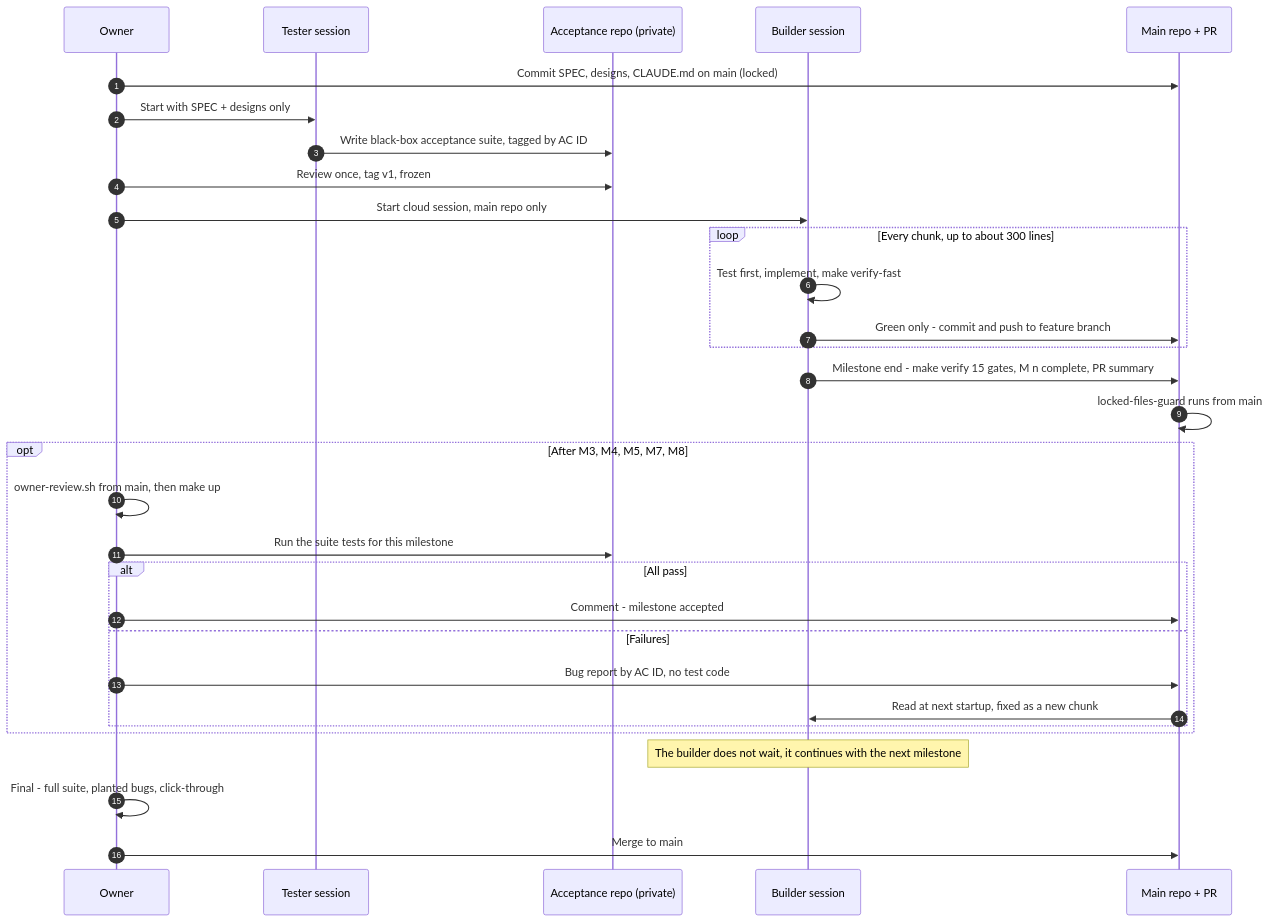
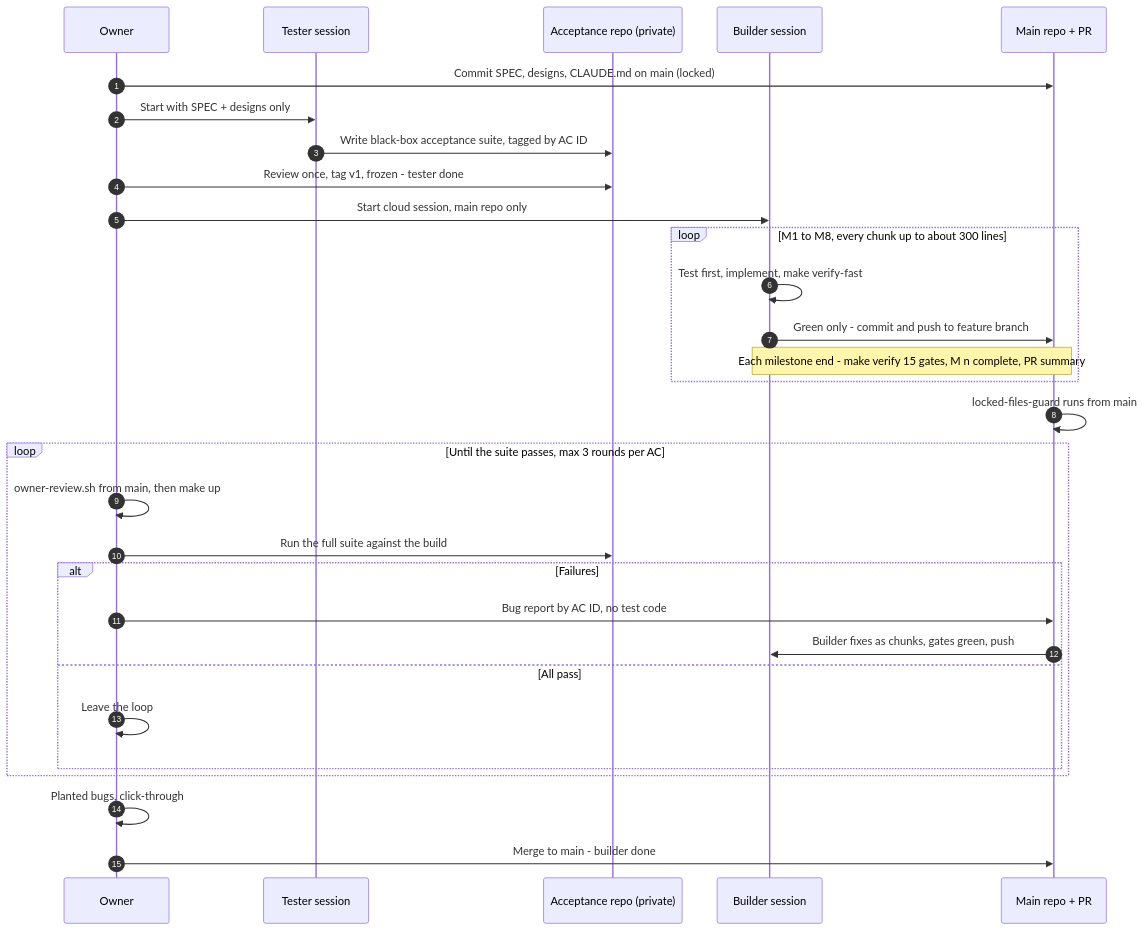
The second of 3 diagrams in docs/VALIDATION.md (brakebg/feature-flag-system), drawn with Mermaid before and after one commit. The commit also changed other lines of this file and 1 other file, not shown here.

Commit message:
docs: tester first, suite runs after M8, 6-step validation process

````diff
--- a/docs/VALIDATION.md
+++ b/docs/VALIDATION.md
@@ -125,33 +155,32 @@
 ```mermaid
 sequenceDiagram
   autonumber
   participant O as Owner
   participant T as Tester session
   participant AR as Acceptance repo (private)
   participant B as Builder session
   participant R as Main repo + PR
   O->>R: Commit SPEC, designs, CLAUDE.md on main (locked)
   O->>T: Start with SPEC + designs only
   T->>AR: Write black-box acceptance suite, tagged by AC ID
-  O->>AR: Review once, tag v1, frozen
+  O->>AR: Review once, tag v1, frozen - tester done
   O->>B: Start cloud session, main repo only
-  loop Every chunk, up to about 300 lines
+  loop M1 to M8, every chunk up to about 300 lines
     B->>B: Test first, implement, make verify-fast
     B->>R: Green only - commit and push to feature branch
+    Note over B,R: Each milestone end - make verify 15 gates, M n complete, PR summary
   end
-  B->>R: Milestone end - make verify 15 gates, M n complete, PR summary
   R->>R: locked-files-guard runs from main
-  opt After M3, M4, M5, M7, M8
+  loop Until the suite passes, max 3 rounds per AC
     O->>O: owner-review.sh from main, then make up
-    O->>AR: Run the suite tests for this milestone
-    alt All pass
-      O->>R: Comment - milestone accepted
-    else Failures
+    O->>AR: Run the full suite against the build
+    alt Failures
       O->>R: Bug report by AC ID, no test code
-      R->>B: Read at next startup, fixed as a new chunk
+      R->>B: Builder fixes as chunks, gates green, push
+    else All pass
+      O->>O: Leave the loop
     end
   end
-  Note over B: The builder does not wait, it continues with the next milestone
-  O->>O: Final - full suite, planted bugs, click-through
-  O->>R: Merge to main
+  O->>O: Planted bugs, click-through
+  O->>R: Merge to main - builder done
 ```
````
